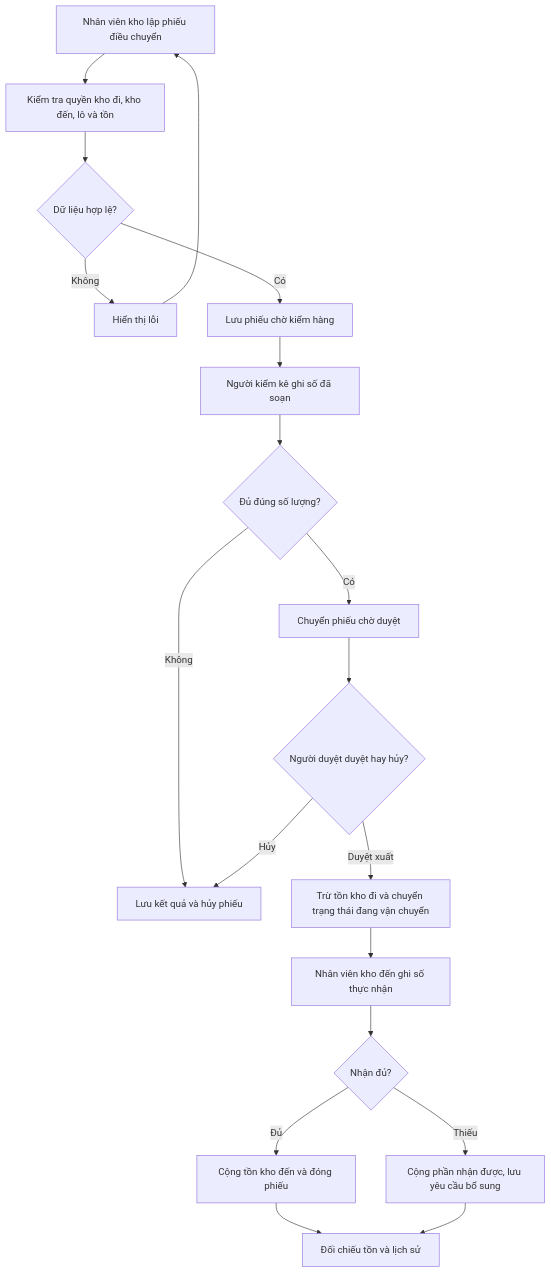
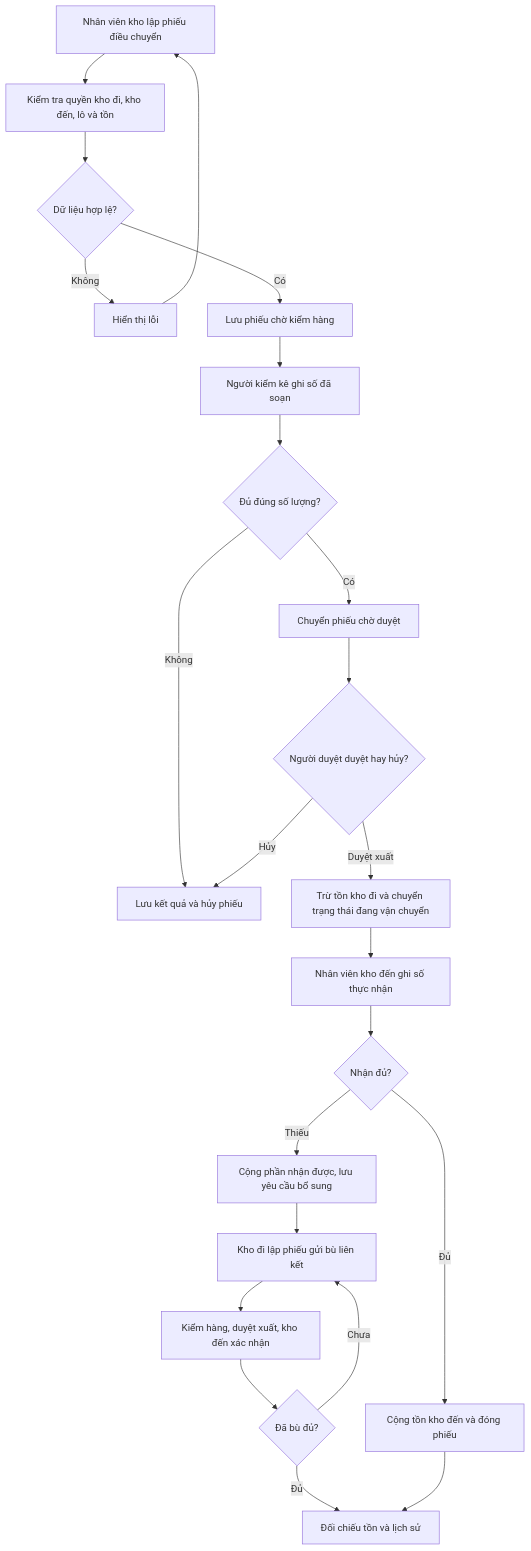
The second of 3 diagrams in README.md (Tuannnk/PTPMMNM-CNTT-1812-NHOM-5), drawn with Mermaid before and after one commit. The commit also changed other lines of this file and 18 other files, not shown here.

````diff
--- a/README.md
+++ b/README.md
@@ -57,21 +57,25 @@
 ```mermaid
 flowchart TD
     A[Nhân viên kho lập phiếu điều chuyển] --> B[Kiểm tra quyền kho đi, kho đến, lô và tồn]
     B --> C{Dữ liệu hợp lệ?}
     C -->|Không| D[Hiển thị lỗi]
     D --> A
     C -->|Có| E[Lưu phiếu chờ kiểm hàng]
     E --> F[Người kiểm kê ghi số đã soạn]
     F --> G{Đủ đúng số lượng?}
     G -->|Không| H[Lưu kết quả và hủy phiếu]
     G -->|Có| I[Chuyển phiếu chờ duyệt]
     I --> J{Người duyệt duyệt hay hủy?}
     J -->|Hủy| H
     J -->|Duyệt xuất| K[Trừ tồn kho đi và chuyển trạng thái đang vận chuyển]
     K --> L[Nhân viên kho đến ghi số thực nhận]
     L --> M{Nhận đủ?}
     M -->|Đủ| N[Cộng tồn kho đến và đóng phiếu]
     M -->|Thiếu| O[Cộng phần nhận được, lưu yêu cầu bổ sung]
+    O --> Q[Kho đi lập phiếu gửi bù liên kết]
+    Q --> R[Kiểm hàng, duyệt xuất, kho đến xác nhận]
+    R --> S{Đã bù đủ?}
+    S -->|Chưa| Q
+    S -->|Đủ| P[Đối chiếu tồn và lịch sử]
     N --> P[Đối chiếu tồn và lịch sử]
-    O --> P
 ```
````
